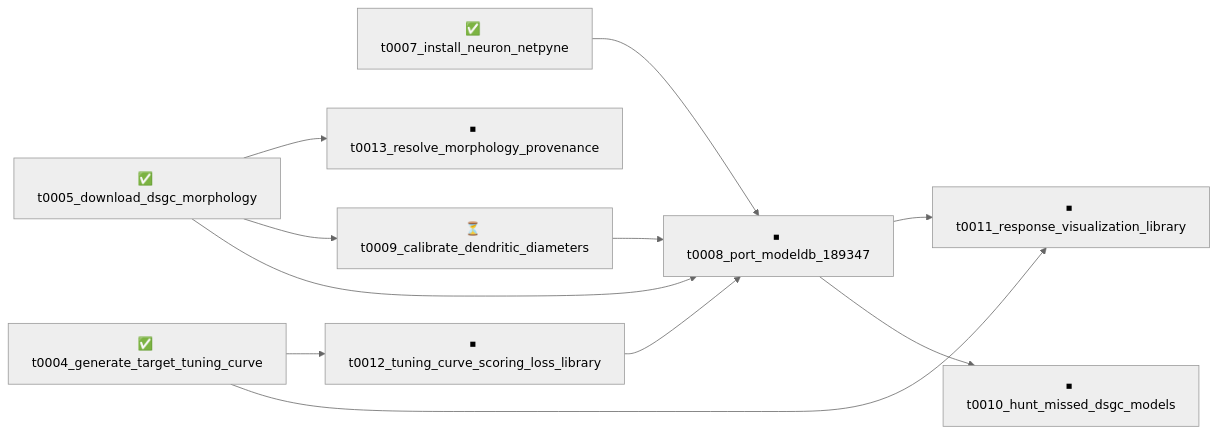
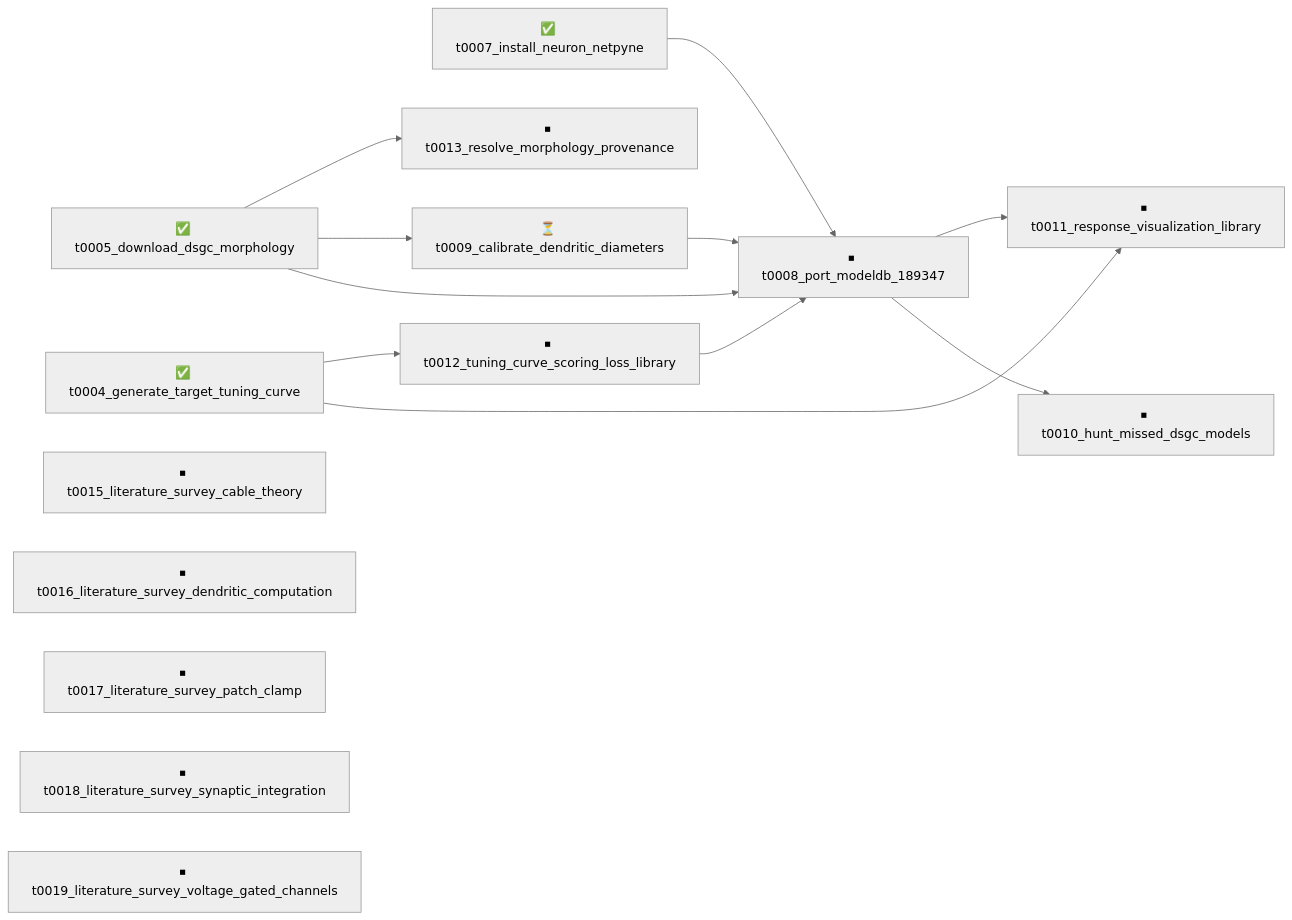
One commit to tonza17/neuron-channels changed the diagram in overview/tasks/README.md. Above: the diagram before and after it, drawn with Mermaid (neutral theme). The commit also changed other lines of this file and 41 other files, not shown here.

````diff
--- a/overview/tasks/README.md
+++ b/overview/tasks/README.md
@@ -13,23 +13,28 @@
 ```mermaid
 graph LR
     t0004_generate_target_tuning_curve["✅ t0004_generate_target_tuning_curve"]
     t0005_download_dsgc_morphology["✅ t0005_download_dsgc_morphology"]
     t0007_install_neuron_netpyne["✅ t0007_install_neuron_netpyne"]
     t0008_port_modeldb_189347["⏹ t0008_port_modeldb_189347"]
     t0009_calibrate_dendritic_diameters["⏳ t0009_calibrate_dendritic_diameters"]
     t0010_hunt_missed_dsgc_models["⏹ t0010_hunt_missed_dsgc_models"]
     t0011_response_visualization_library["⏹ t0011_response_visualization_library"]
     t0012_tuning_curve_scoring_loss_library["⏹ t0012_tuning_curve_scoring_loss_library"]
     t0013_resolve_morphology_provenance["⏹ t0013_resolve_morphology_provenance"]
+    t0015_literature_survey_cable_theory["⏹ t0015_literature_survey_cable_theory"]
+    t0016_literature_survey_dendritic_computation["⏹ t0016_literature_survey_dendritic_computation"]
+    t0017_literature_survey_patch_clamp["⏹ t0017_literature_survey_patch_clamp"]
+    t0018_literature_survey_synaptic_integration["⏹ t0018_literature_survey_synaptic_integration"]
+    t0019_literature_survey_voltage_gated_channels["⏹ t0019_literature_survey_voltage_gated_channels"]
 
     t0005_download_dsgc_morphology --> t0008_port_modeldb_189347
     t0007_install_neuron_netpyne --> t0008_port_modeldb_189347
     t0009_calibrate_dendritic_diameters --> t0008_port_modeldb_189347
     t0012_tuning_curve_scoring_loss_library --> t0008_port_modeldb_189347
     t0005_download_dsgc_morphology --> t0009_calibrate_dendritic_diameters
     t0008_port_modeldb_189347 --> t0010_hunt_missed_dsgc_models
     t0004_generate_target_tuning_curve --> t0011_response_visualization_library
     t0008_port_modeldb_189347 --> t0011_response_visualization_library
     t0004_generate_target_tuning_curve --> t0012_tuning_curve_scoring_loss_library
     t0005_download_dsgc_morphology --> t0013_resolve_morphology_provenance
 ```
````
